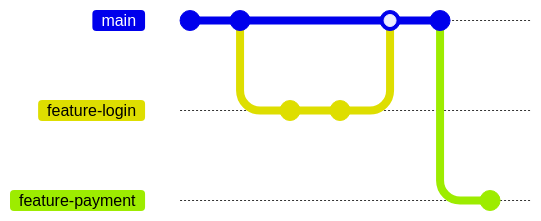
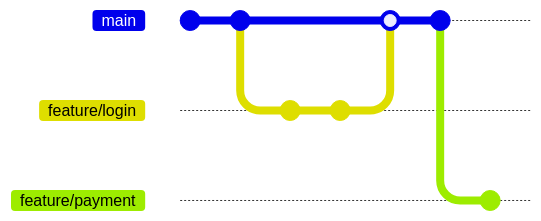
Before and after one commit to gemraj29/codeguidelines: the first of 3 diagrams in code_guidelines.md, drawn with Mermaid. The commit also changed other lines of this file, not shown here. Commit ids are hidden.

Commit message:
Revert mermaid syntax to use indentation and quotes

````diff
--- a/code_guidelines.md
+++ b/code_guidelines.md
@@ -60,15 +60,15 @@
 ```mermaid
-gitGraph:
-commit
-commit
-branch feature-login
-checkout feature-login
-commit
-commit
-checkout main
-merge feature-login
-commit
-branch feature-payment
-checkout feature-payment
-commit
+gitGraph
+    commit
+    commit
+    branch "feature/login"
+    checkout "feature/login"
+    commit
+    commit
+    checkout main
+    merge "feature/login"
+    commit
+    branch "feature/payment"
+    checkout "feature/payment"
+    commit
 ```
````
